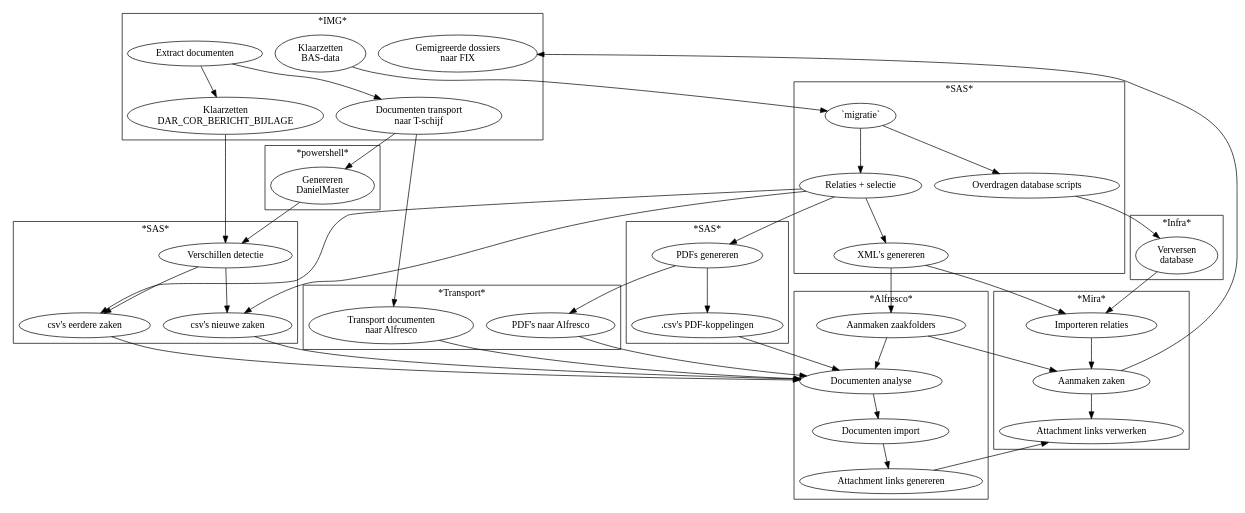
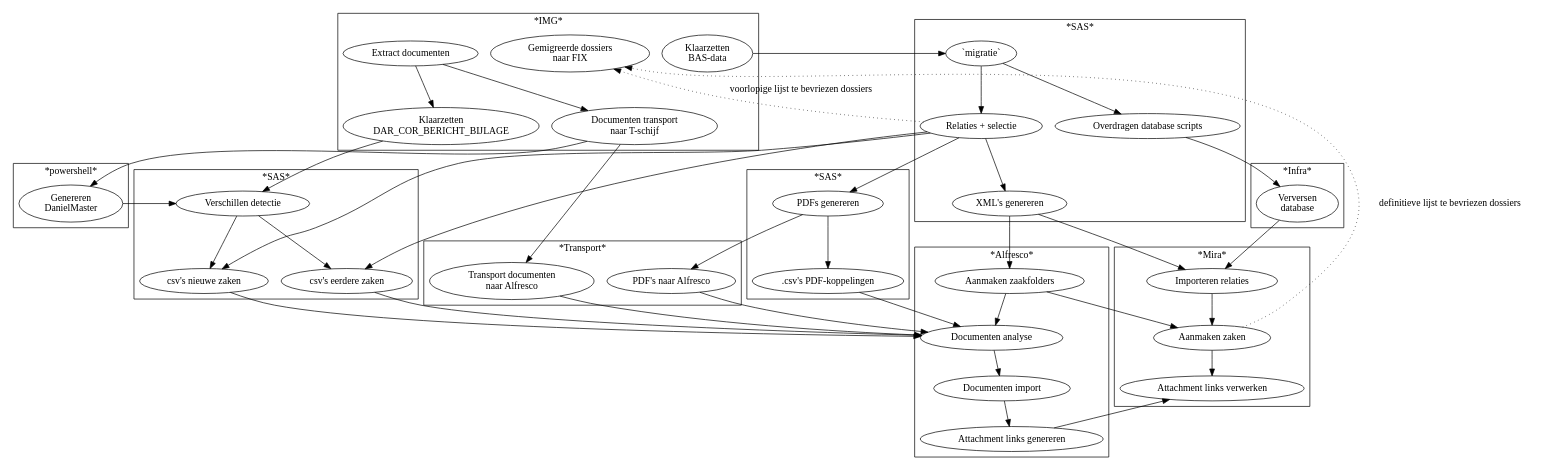
Before and after one commit to hanjoosten/csv2tables: the diagram in afhankelijkheden/overzichtMigratie.gv, drawn with Graphviz.

Commit message:
Voorlopige lijst opgenomen in plaatje

```diff
--- a/afhankelijkheden/overzichtMigratie.gv
+++ b/afhankelijkheden/overzichtMigratie.gv
@@ -1,96 +1,97 @@
 digraph {
   node [ fontname="Handlee" ];
   splines=true;
   
   subgraph cluster_IMG {
     label="*IMG*";
     "Extract documenten";
     "Klaarzetten\nDAR_COR_BERICHT_BIJLAGE";
     "Klaarzetten\nBAS-data";
     "Gemigreerde dossiers\nnaar FIX"
     "Documenten transport\nnaar T-schijf";
     "Extract documenten" -> "Klaarzetten\nDAR_COR_BERICHT_BIJLAGE";
     "Extract documenten" -> "Documenten transport\nnaar T-schijf";
   }
 
   "Klaarzetten\nBAS-data" -> "`migratie`";
 
   subgraph cluster_SAS1 {
     label="*SAS*";
     "Overdragen database scripts";
     "XML's genereren";
     "Relaties + selectie";
     "`migratie`";
 
   }
     "`migratie`" -> "Relaties + selectie";
     "Relaties + selectie" -> "XML's genereren";
     "`migratie`" -> "Overdragen database scripts";
+    "Relaties + selectie" -> "Gemigreerde dossiers\nnaar FIX"[ label="voorlopige lijst te bevriezen dossiers" style = dotted ];
   
   subgraph cluster_Infra {
     label="*Infra*";
     "Verversen\ndatabase";
    }
 
    "Overdragen database scripts" -> "Verversen\ndatabase";
    "Klaarzetten\nDAR_COR_BERICHT_BIJLAGE" -> "Verschillen detectie";
   subgraph cluster_SAS2 {
     label="*SAS*";
     "Verschillen detectie";
     "csv's nieuwe zaken";
     "csv's eerdere zaken";
   }
     "Verschillen detectie" -> "csv's nieuwe zaken";
     "Verschillen detectie" -> "csv's eerdere zaken";
     "Relaties + selectie" -> "csv's nieuwe zaken";
     "Relaties + selectie" -> "csv's eerdere zaken";
   subgraph cluster_PDFs {
      label= "*SAS*"
       "PDFs genereren"
       ".csv's PDF-koppelingen"
   }
       "PDFs genereren" -> ".csv's PDF-koppelingen"
       "Relaties + selectie" -> "PDFs genereren"
   subgraph cluster_powershell {
       label = "*powershell*"
       "Genereren\nDanielMaster"
   }
   subgraph cluster_docTransport {
       label = "*Transport*"
       "Transport documenten\nnaar Alfresco"
       "PDF's naar Alfresco"
     "Genereren\nDanielMaster" -> "Verschillen detectie";
     "PDFs genereren" -> "PDF's naar Alfresco"
     "Documenten transport\nnaar T-schijf" -> "Transport documenten\nnaar Alfresco"; 
     "Documenten transport\nnaar T-schijf" -> "Genereren\nDanielMaster";
   }
   subgraph cluster_Alfresco {
       label = "*Alfresco*"
       "Documenten analyse"
       "Documenten import"
       "Aanmaken zaakfolders"
       "Attachment links genereren"
       "Transport documenten\nnaar Alfresco" -> "Documenten analyse";
       "PDF's naar Alfresco" ->  "Documenten analyse";
       "XML's genereren" -> "Aanmaken zaakfolders"
       "Aanmaken zaakfolders" -> "Documenten analyse"
       "Documenten analyse" -> "Documenten import"
       "csv's nieuwe zaken" -> "Documenten analyse" ;
       "csv's eerdere zaken" -> "Documenten analyse" ;
       ".csv's PDF-koppelingen" -> "Documenten analyse" ;
       "Documenten import" -> "Attachment links genereren";
   }
   subgraph cluster_Mira {
       label = "*Mira*"
       "Importeren relaties";
       "Aanmaken zaken";
       "Attachment links verwerken";
       "Verversen\ndatabase" -> "Importeren relaties";
       "XML's genereren" -> "Importeren relaties";
       "Aanmaken zaakfolders" -> "Aanmaken zaken";
       "Importeren relaties" -> "Aanmaken zaken"; 
       "Attachment links genereren" -> "Attachment links verwerken";
       "Aanmaken zaken" -> "Attachment links verwerken"
-      "Aanmaken zaken" -> "Gemigreerde dossiers\nnaar FIX"
+      "Aanmaken zaken" -> "Gemigreerde dossiers\nnaar FIX" [ label="definitieve lijst te bevriezen dossiers" style = dotted]
   }
 }
```
